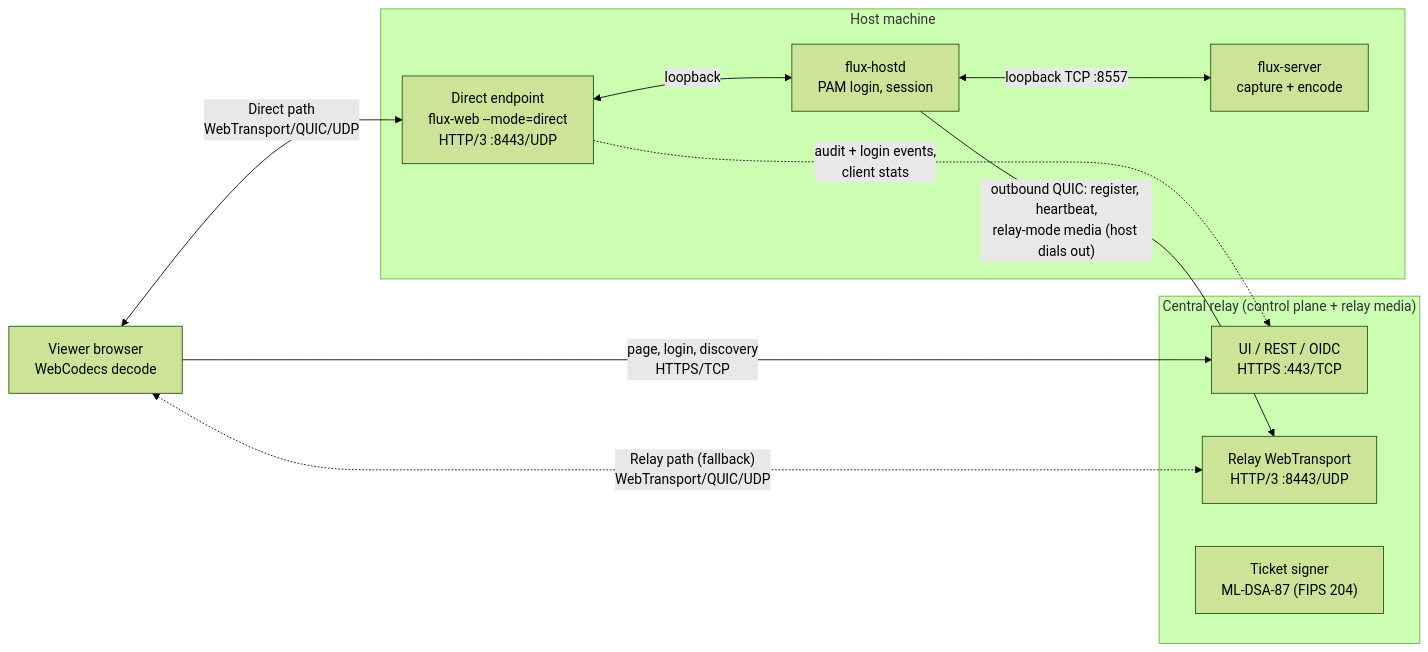
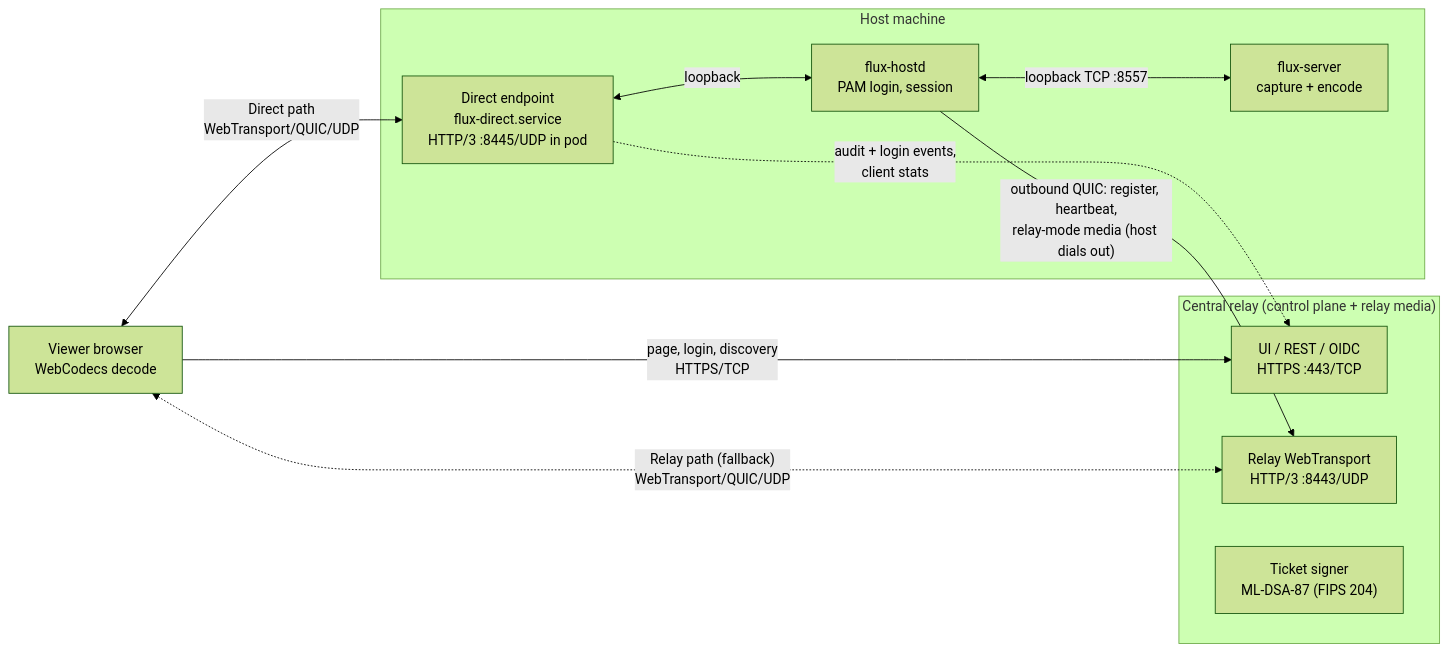
The first of 2 diagrams in docs/design/connection-modes.md (Exonical/rustcast), drawn with Mermaid (forest theme) before and after one commit. The commit also changed other lines of this file and 19 other files, not shown here.

Commit message:
fix: harden direct mode key and clipboard lifecycle

````diff
--- a/docs/design/connection-modes.md
+++ b/docs/design/connection-modes.md
@@ -27,22 +27,22 @@
 ```mermaid
 flowchart LR
     Browser["Viewer browser<br/>WebCodecs decode"]
     subgraph Central["Central relay (control plane + relay media)"]
         UI["UI / REST / OIDC<br/>HTTPS :443/TCP"]
         RWT["Relay WebTransport<br/>HTTP/3 :8443/UDP"]
         Signer["Ticket signer<br/>ML-DSA-87 (FIPS 204)"]
     end
     subgraph Host["Host machine"]
-        DWT["Direct endpoint<br/>flux-web --mode=direct<br/>HTTP/3 :8443/UDP"]
+        DWT["Direct endpoint<br/>flux-direct.service<br/>HTTP/3 :8445/UDP in pod"]
         Hostd["flux-hostd<br/>PAM login, session"]
         Agent["flux-server<br/>capture + encode"]
     end
 
     Browser -->|"page, login, discovery<br/>HTTPS/TCP"| UI
     Browser <-->|"Direct path<br/>WebTransport/QUIC/UDP"| DWT
     Browser <-.->|"Relay path (fallback)<br/>WebTransport/QUIC/UDP"| RWT
     Hostd -->|"outbound QUIC: register, heartbeat,<br/>relay-mode media (host dials out)"| RWT
     DWT <-->|"loopback"| Hostd
     Hostd <-->|"loopback TCP :8557"| Agent
     DWT -.->|"audit + login events,<br/>client stats"| UI
 ```
````
